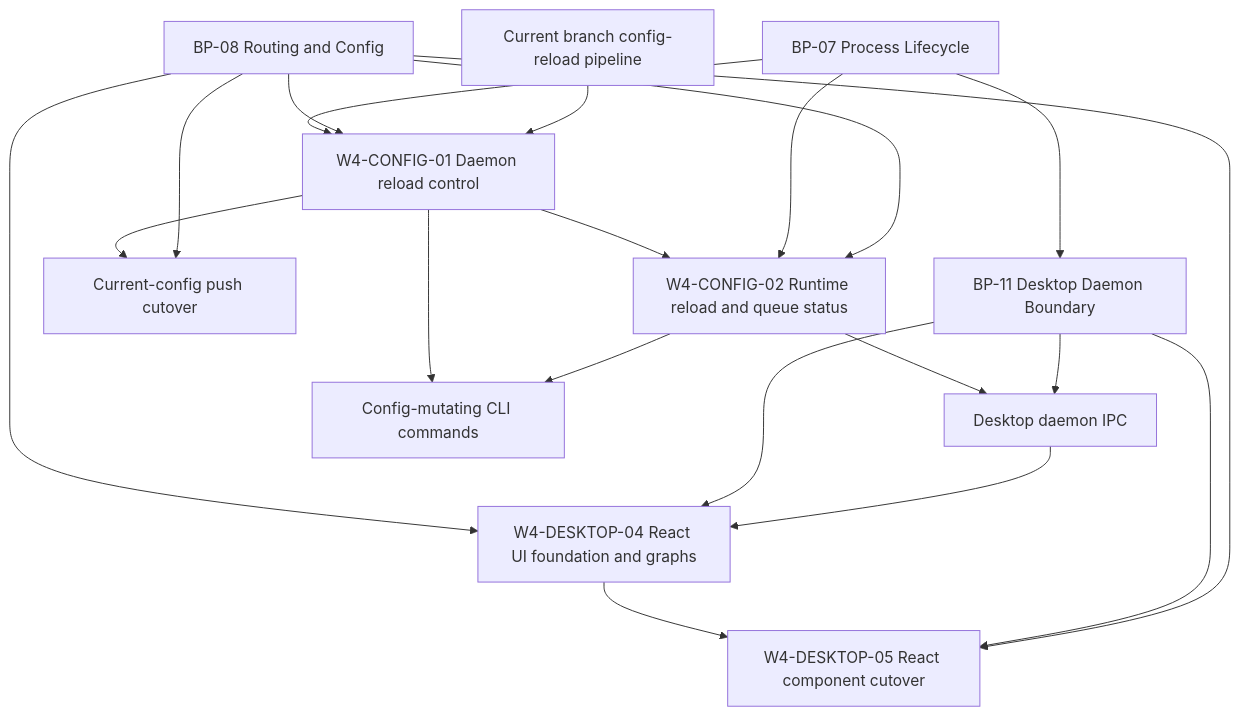
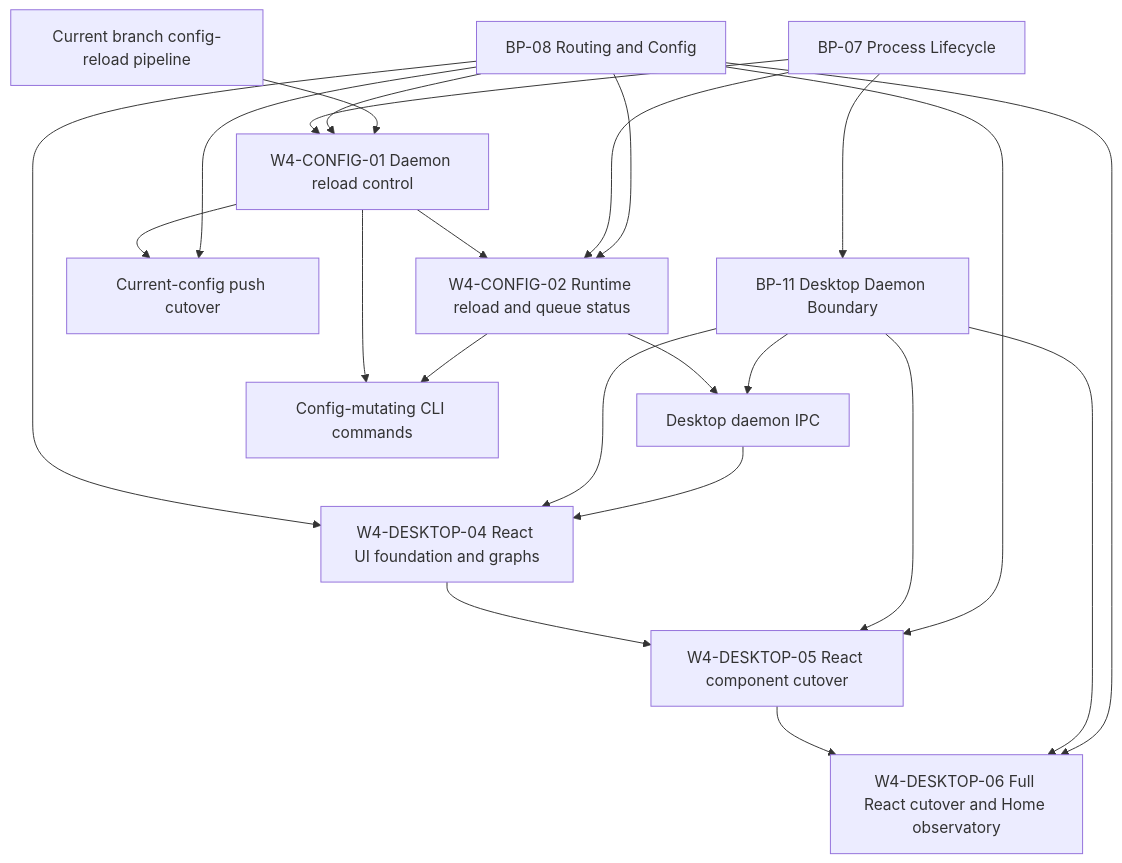
The diagram in .execution/program.md (mendeleden/jin), drawn with Mermaid before and after one commit. The commit also changed other lines of this file and 13 other files, not shown here.

Commit message:
feat(desktop): complete React renderer cutover

````diff
--- a/.execution/program.md
+++ b/.execution/program.md
@@ -25,34 +26,38 @@
 ```mermaid
 flowchart TD
   BP07[BP-07 Process Lifecycle]
   BP08[BP-08 Routing and Config]
   BP11[BP-11 Desktop Daemon Boundary]
   ReloadPipeline[Current branch config-reload pipeline]
   W4C01[W4-CONFIG-01 Daemon reload control]
   PushCutover[Current-config push cutover]
   W4C02[W4-CONFIG-02 Runtime reload and queue status]
   Desktop[Desktop daemon IPC]
   CLI[Config-mutating CLI commands]
   W4D04[W4-DESKTOP-04 React UI foundation and graphs]
   W4D05[W4-DESKTOP-05 React component cutover]
+  W4D06[W4-DESKTOP-06 Full React cutover and Home observatory]
 
   BP07 --> W4C01
   BP08 --> W4C01
   ReloadPipeline --> W4C01
   W4C01 --> PushCutover
   BP08 --> PushCutover
   W4C01 --> CLI
   W4C01 --> W4C02
   BP07 --> W4C02
   BP08 --> W4C02
   W4C02 --> Desktop
   W4C02 --> CLI
   BP07 --> BP11
   BP11 --> Desktop
   BP08 --> W4D04
   BP11 --> W4D04
   Desktop --> W4D04
   W4D04 --> W4D05
   BP11 --> W4D05
   BP08 --> W4D05
+  W4D05 --> W4D06
+  BP11 --> W4D06
+  BP08 --> W4D06
 ```
````
